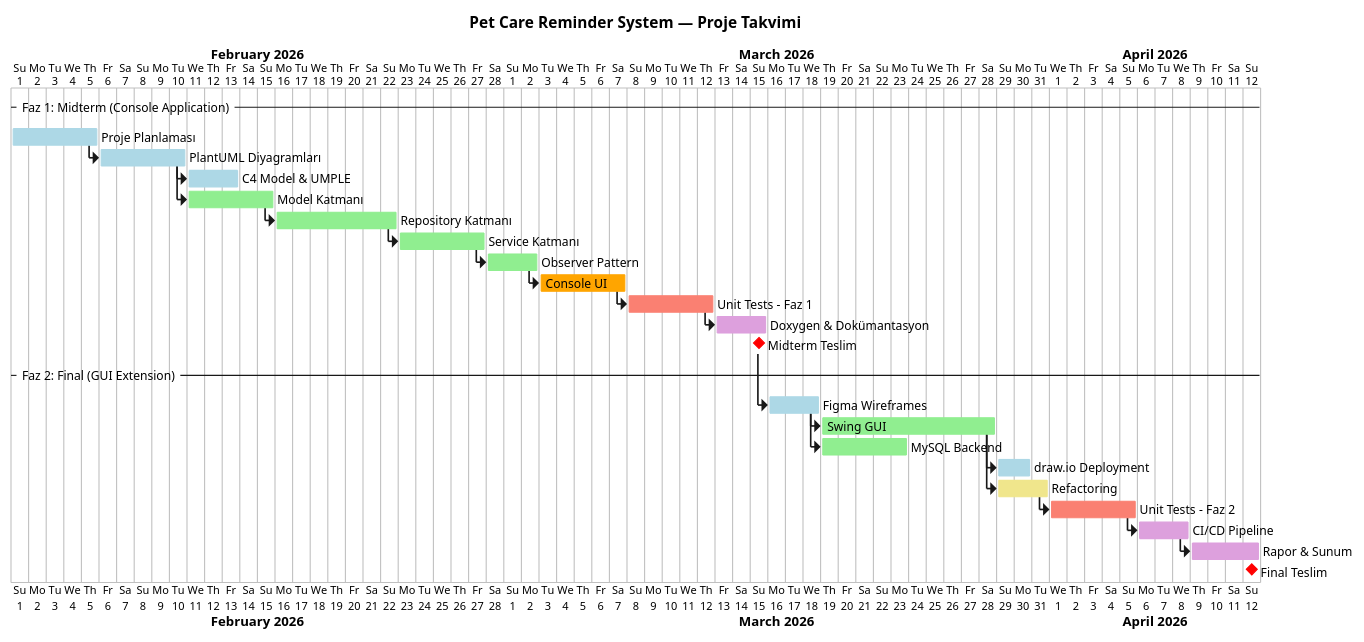
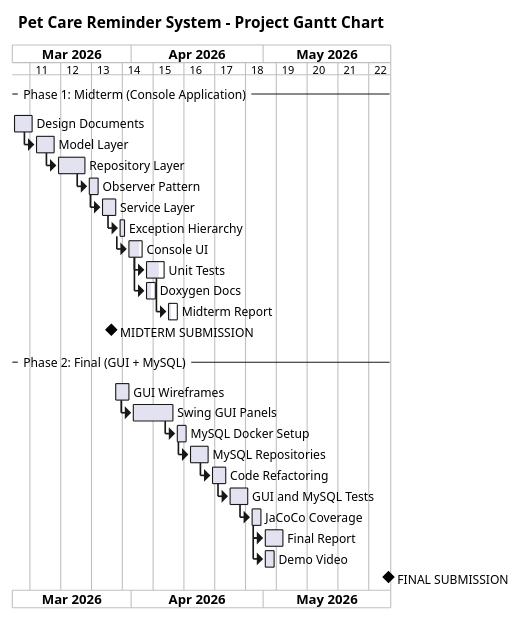
One commit to SecureCypher/cen-206-38-mehdi-karagulle-java changed the diagram in design/plantuml/gantt.puml. Above: the diagram before and after it, drawn with PlantUML. The commit also changed 54 other files, not shown here.

Commit message:
docs(design): sync comprehensive UML diagrams and Figma mockups

```diff
--- a/design/plantuml/gantt.puml
+++ b/design/plantuml/gantt.puml
@@ -1,84 +1,45 @@
-@startgantt PetReminderGantt
-title Pet Care Reminder System — Proje Takvimi
-project starts 2026-02-01
+@startgantt
+title Pet Care Reminder System - Project Gantt Chart
+printscale weekly
+Project starts 2026-03-05
 
--- Faz 1: Midterm (Console Application) --
-[Proje Planlaması] requires 5 days
-[Proje Planlaması] is colored in LightBlue
+-- Phase 1: Midterm (Console Application) --
 
-[PlantUML Diyagramları] requires 5 days
-[PlantUML Diyagramları] starts after [Proje Planlaması]'s end
-[PlantUML Diyagramları] is colored in LightBlue
+[Design Documents] lasts 5 days and is 100% completed
+then [Model Layer] lasts 5 days and is 100% completed
+then [Repository Layer] lasts 7 days and is 100% completed
+then [Observer Pattern] lasts 3 days and is 100% completed
+then [Service Layer] lasts 4 days and is 100% completed
+then [Exception Hierarchy] lasts 2 days and is 100% completed
+then [Console UI] lasts 4 days and is 80% completed
 
-[C4 Model & UMPLE] requires 3 days
-[C4 Model & UMPLE] starts after [PlantUML Diyagramları]'s end
-[C4 Model & UMPLE] is colored in LightBlue
+[Unit Tests] lasts 5 days and is 70% completed
+[Unit Tests] starts at [Console UI]'s end
 
-[Model Katmanı] requires 5 days
-[Model Katmanı] starts after [PlantUML Diyagramları]'s end
-[Model Katmanı] is colored in LightGreen
+[Doxygen Docs] lasts 3 days and is 50% completed
+[Doxygen Docs] starts at [Console UI]'s end
 
-[Repository Katmanı] requires 7 days
-[Repository Katmanı] starts after [Model Katmanı]'s end
-[Repository Katmanı] is colored in LightGreen
+[Midterm Report] lasts 3 days and is 30% completed
+[Midterm Report] starts at [Unit Tests]'s end
 
-[Service Katmanı] requires 5 days
-[Service Katmanı] starts after [Repository Katmanı]'s end
-[Service Katmanı] is colored in LightGreen
+[MIDTERM SUBMISSION] happens at 2026-03-27
 
-[Observer Pattern] requires 3 days
-[Observer Pattern] starts after [Service Katmanı]'s end
-[Observer Pattern] is colored in LightGreen
+-- Phase 2: Final (GUI + MySQL) --
 
-[Console UI] requires 5 days
-[Console UI] starts after [Observer Pattern]'s end
-[Console UI] is colored in Orange
+[GUI Wireframes] lasts 4 days
+[GUI Wireframes] starts at 2026-03-28
 
-[Unit Tests - Faz 1] requires 5 days
-[Unit Tests - Faz 1] starts after [Console UI]'s end
-[Unit Tests - Faz 1] is colored in Salmon
+then [Swing GUI Panels] lasts 10 days
+then [MySQL Docker Setup] lasts 3 days
+then [MySQL Repositories] lasts 5 days
+then [Code Refactoring] lasts 4 days
+then [GUI and MySQL Tests] lasts 5 days
+then [JaCoCo Coverage] lasts 3 days
+then [Final Report] lasts 5 days
 
-[Doxygen & Dokümantasyon] requires 3 days
-[Doxygen & Dokümantasyon] starts after [Unit Tests - Faz 1]'s end
-[Doxygen & Dokümantasyon] is colored in Plum
+[Demo Video] lasts 3 days
+[Demo Video] starts at [Final Report]'s start
 
-[Midterm Teslim] happens at [Doxygen & Dokümantasyon]'s end
-[Midterm Teslim] is colored in Red
-
--- Faz 2: Final (GUI Extension) --
-[Figma Wireframes] requires 3 days
-[Figma Wireframes] starts after [Midterm Teslim]'s end
-[Figma Wireframes] is colored in LightBlue
-
-[Swing GUI] requires 10 days
-[Swing GUI] starts after [Figma Wireframes]'s end
-[Swing GUI] is colored in LightGreen
-
-[MySQL Backend] requires 5 days
-[MySQL Backend] starts after [Figma Wireframes]'s end
-[MySQL Backend] is colored in LightGreen
-
-[draw.io Deployment] requires 2 days
-[draw.io Deployment] starts after [Swing GUI]'s end
-[draw.io Deployment] is colored in LightBlue
-
-[Refactoring] requires 3 days
-[Refactoring] starts after [Swing GUI]'s end
-[Refactoring] is colored in Khaki
-
-[Unit Tests - Faz 2] requires 5 days
-[Unit Tests - Faz 2] starts after [Refactoring]'s end
-[Unit Tests - Faz 2] is colored in Salmon
-
-[CI/CD Pipeline] requires 3 days
-[CI/CD Pipeline] starts after [Unit Tests - Faz 2]'s end
-[CI/CD Pipeline] is colored in Plum
-
-[Rapor & Sunum] requires 4 days
-[Rapor & Sunum] starts after [CI/CD Pipeline]'s end
-[Rapor & Sunum] is colored in Plum
-
-[Final Teslim] happens at [Rapor & Sunum]'s end
-[Final Teslim] is colored in Red
+[FINAL SUBMISSION] happens at 2026-05-29
 
 @endgantt
```
